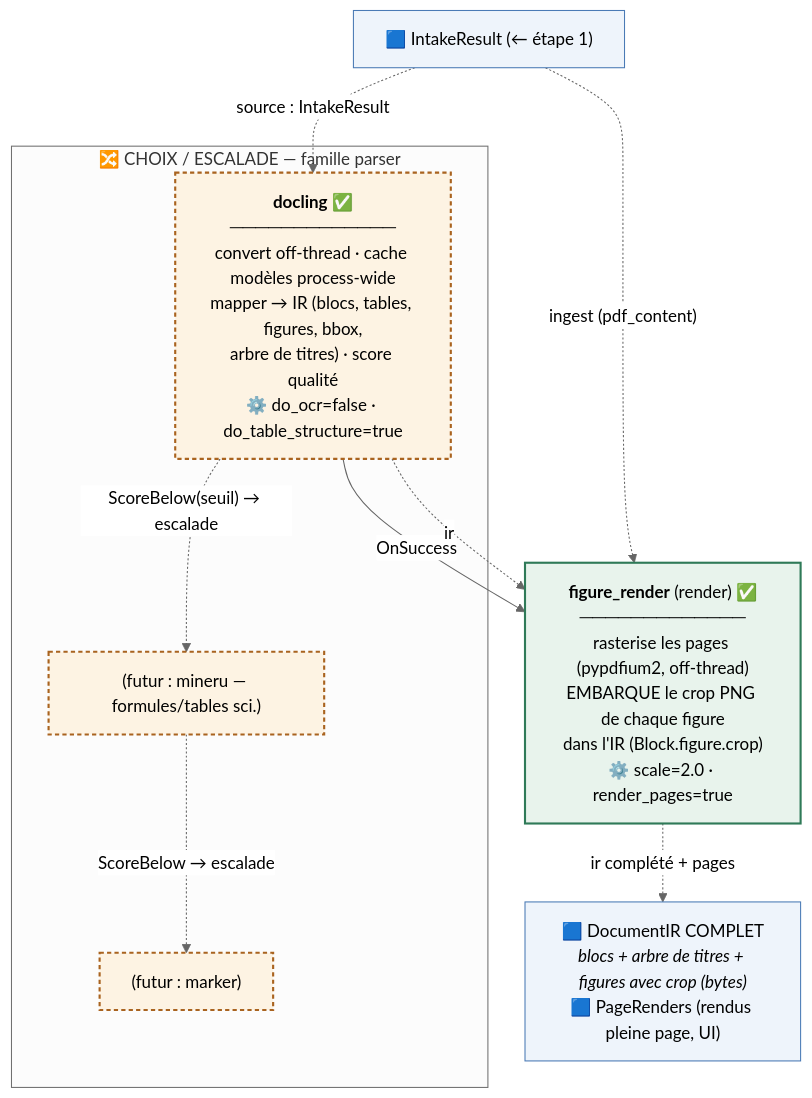
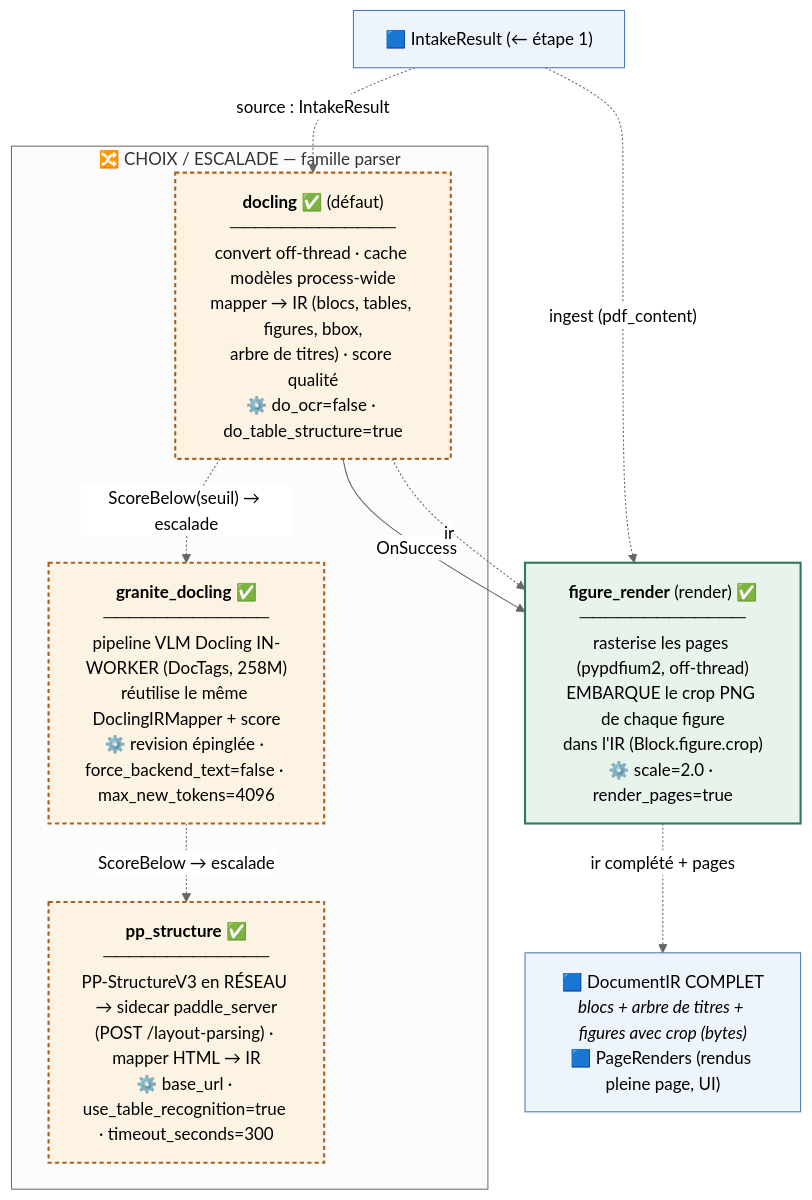
One commit to Florian-BARRE/DocForge changed the third of 4 diagrams in src/docforge/PIPELINE.md. Above: the diagram before and after it, drawn with Mermaid (neutral theme). The commit also changed other lines of this file and 3 other files, not shown here.

First line of the commit message:
docs: reflect 0.3.0 — parser bricks, PaddleX sidecar, dynamic per-collection config, schema-driven contract

````diff
--- a/src/docforge/PIPELINE.md
+++ b/src/docforge/PIPELINE.md
@@ -142,26 +142,26 @@
 ```mermaid
 flowchart TB
     classDef artefact fill:#eef4fb,stroke:#4a7ab5,stroke-width:1px
     classDef node fill:#e8f3ec,stroke:#2f7a58,stroke-width:2px
     classDef choice fill:#fdf3e3,stroke:#a9631f,stroke-width:2px,stroke-dasharray: 4 3
 
     IN["🟦 IntakeResult (← étape 1)"]:::artefact
 
     subgraph PARS["🔀 CHOIX / ESCALADE — famille parser"]
-        DOC["<b>docling</b> ✅<br/>─────────────<br/>convert off-thread · cache modèles process-wide<br/>mapper → IR (blocs, tables, figures, bbox,<br/>arbre de titres) · score qualité<br/>⚙️ do_ocr=false · do_table_structure=true"]:::choice
-        MIN["(futur : mineru — formules/tables sci.)"]:::choice
-        MAR["(futur : marker)"]:::choice
-        DOC -. "ScoreBelow(seuil) → escalade" .-> MIN
-        MIN -. "ScoreBelow → escalade" .-> MAR
+        DOC["<b>docling</b> ✅ (défaut)<br/>─────────────<br/>convert off-thread · cache modèles process-wide<br/>mapper → IR (blocs, tables, figures, bbox,<br/>arbre de titres) · score qualité<br/>⚙️ do_ocr=false · do_table_structure=true"]:::choice
+        GRA["<b>granite_docling</b> ✅<br/>─────────────<br/>pipeline VLM Docling IN-WORKER (DocTags, 258M)<br/>réutilise le même DoclingIRMapper + score<br/>⚙️ revision épinglée · force_backend_text=false · max_new_tokens=4096"]:::choice
+        PPS["<b>pp_structure</b> ✅<br/>─────────────<br/>PP-StructureV3 en RÉSEAU → sidecar paddle_server<br/>(POST /layout-parsing) · mapper HTML → IR<br/>⚙️ base_url · use_table_recognition=true · timeout_seconds=300"]:::choice
+        DOC -. "ScoreBelow(seuil) → escalade" .-> GRA
+        GRA -. "ScoreBelow → escalade" .-> PPS
     end
 
     FR["<b>figure_render</b> (render) ✅<br/>─────────────<br/>rasterise les pages (pypdfium2, off-thread)<br/>EMBARQUE le crop PNG de chaque figure<br/>dans l'IR (Block.figure.crop)<br/>⚙️ scale=2.0 · render_pages=true"]:::node
 
     OUT2["🟦 DocumentIR COMPLET<br/><i>blocs + arbre de titres + figures avec crop (bytes)</i><br/>🟦 PageRenders (rendus pleine page, UI)"]:::artefact
 
     IN -.->|"source : IntakeResult"| DOC
     DOC -->|"OnSuccess"| FR
     DOC -.->|"ir"| FR
     IN -.->|"ingest (pdf_content)"| FR
     FR -.->|"ir complété + pages"| OUT2
 ```
````
